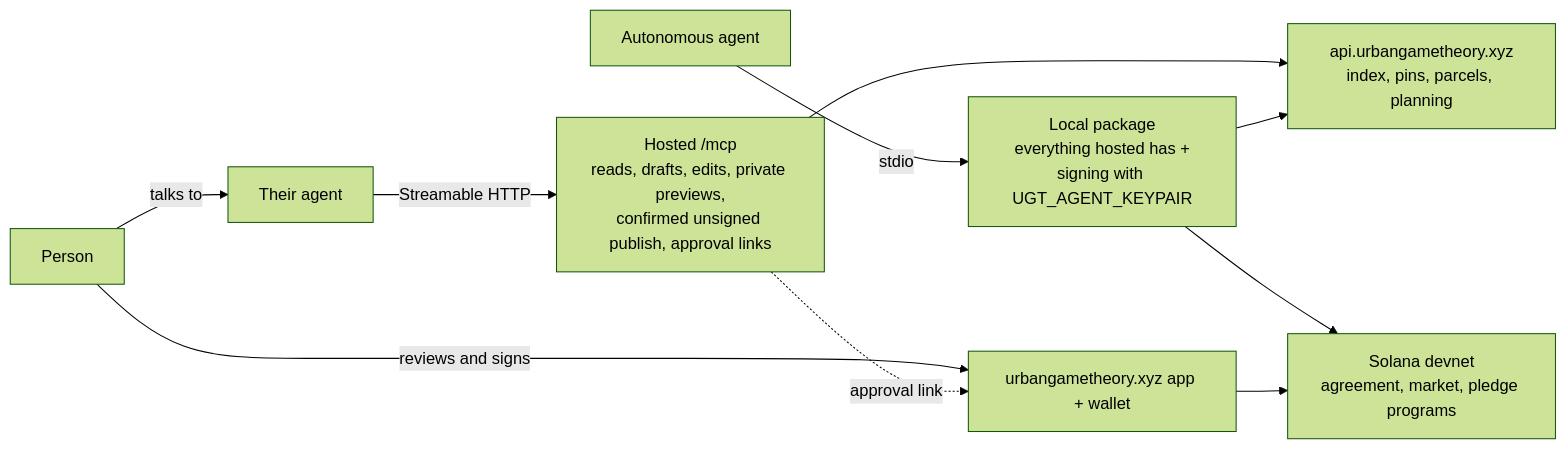
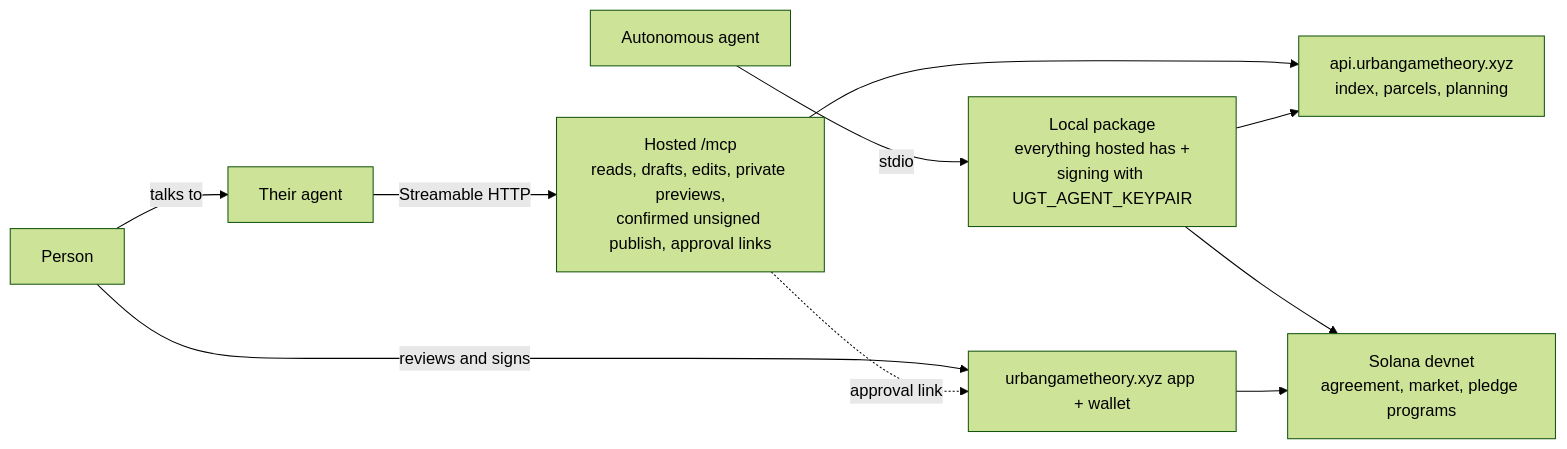
Before and after one commit to Poglavar/consensus-builder: the diagram in docs/mcp.md, drawn with Mermaid (forest theme). The commit also changed 55 other files, not shown here.

````diff
--- a/docs/mcp.md
+++ b/docs/mcp.md
@@ -51,12 +51,12 @@
 ```mermaid
 flowchart LR
     P[Person] -- talks to --> A[Their agent]
     P -- reviews and signs --> APP[urbangametheory.xyz app + wallet]
     A -- Streamable HTTP --> H["Hosted /mcp<br/>reads, drafts, edits, private previews,<br/>confirmed unsigned publish, approval links"]
     A2[Autonomous agent] -- stdio --> L["Local package<br/>everything hosted has +<br/>signing with UGT_AGENT_KEYPAIR"]
-    H --> API[api.urbangametheory.xyz<br/>index, pins, parcels, planning]
+    H --> API[api.urbangametheory.xyz<br/>index, parcels, planning]
     L --> API
     L --> SOL[Solana devnet<br/>agreement, market, pledge programs]
     APP --> SOL
     H -. approval link .-> APP
 ```
````
